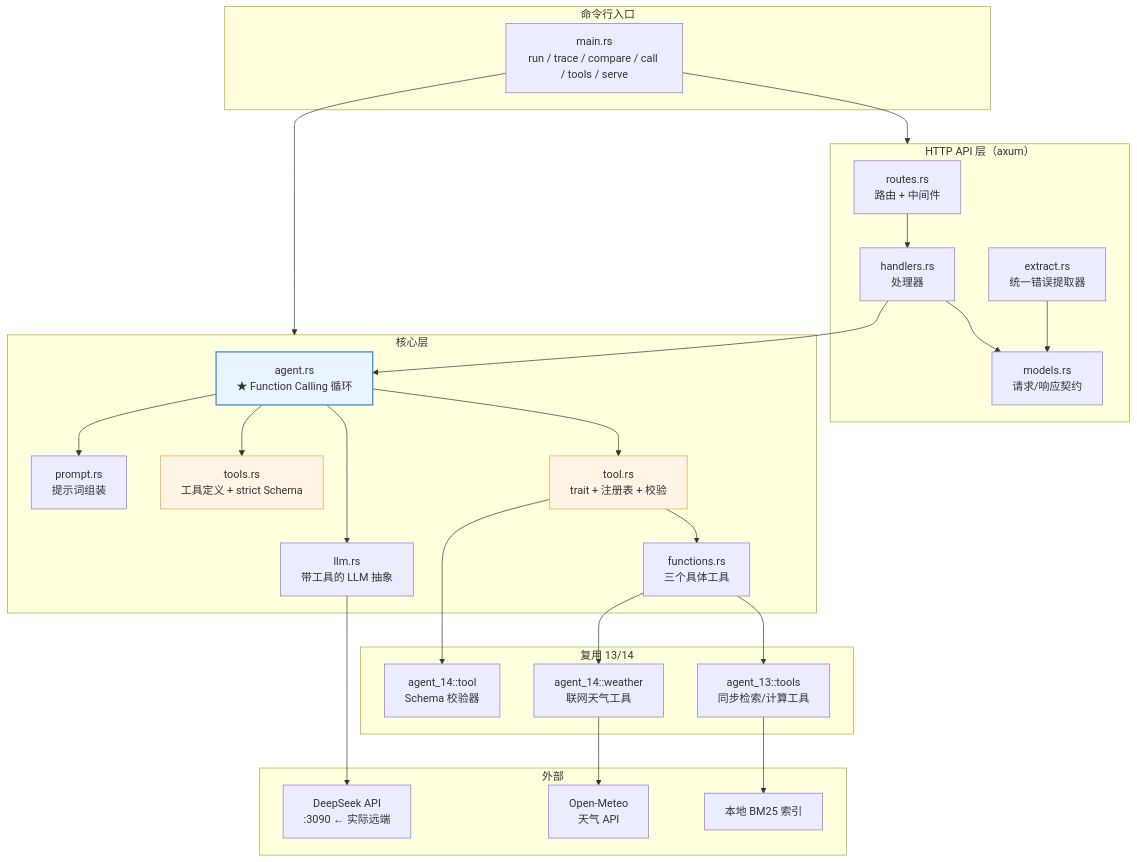
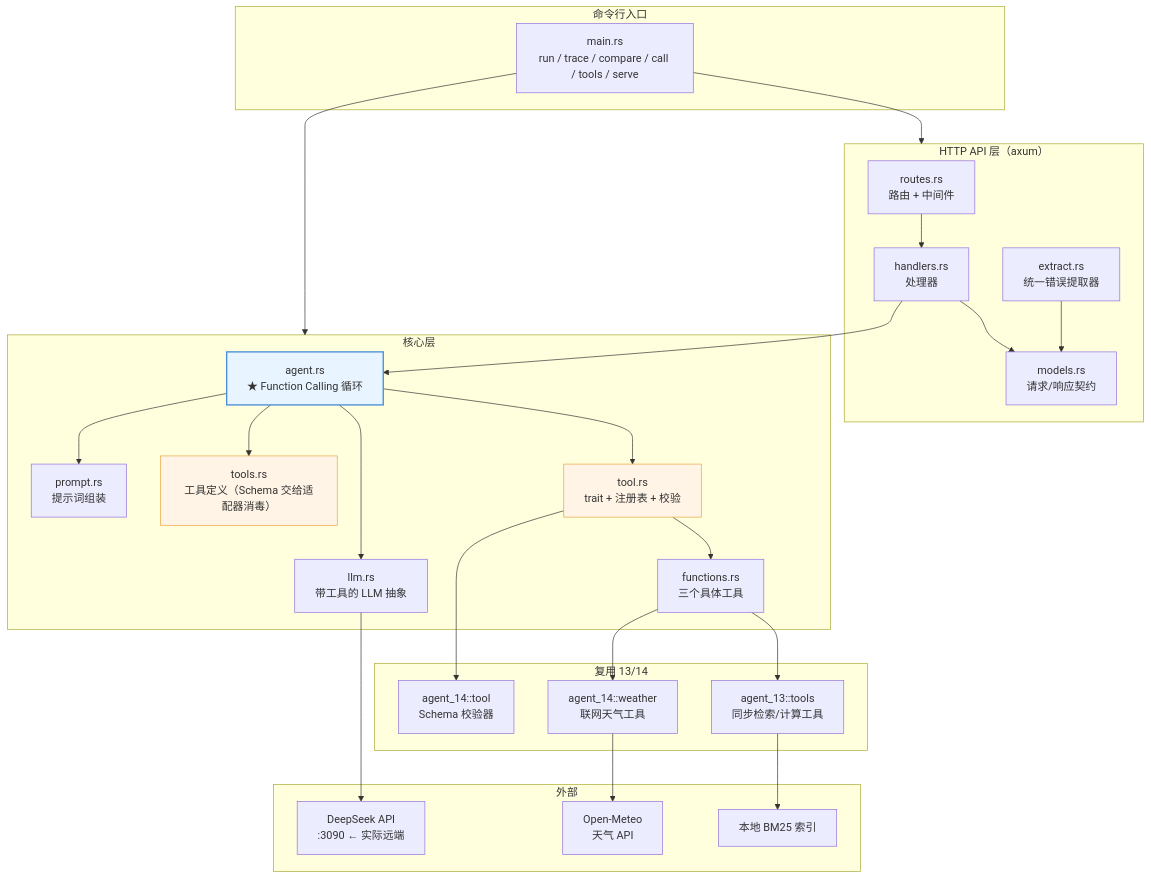
Before and after one commit to heheshang/agent-learn: the first of 11 diagrams in 16-agent-function-calling/README.md, drawn with Mermaid. The commit also changed other lines of this file and 33 other files, not shown here.

````diff
--- a/16-agent-function-calling/README.md
+++ b/16-agent-function-calling/README.md
@@ -58,56 +62,56 @@
 ```mermaid
 graph TB
     subgraph CLI["命令行入口"]
         MAIN["main.rs<br/>run / trace / compare / call / tools / serve"]
     end
 
     subgraph API["HTTP API 层（axum）"]
         ROUTES["routes.rs<br/>路由 + 中间件"]
         HANDLERS["handlers.rs<br/>处理器"]
         MODELS["models.rs<br/>请求/响应契约"]
         EXTRACT["extract.rs<br/>统一错误提取器"]
     end
 
     subgraph CORE["核心层"]
         AGENT["agent.rs<br/>★ Function Calling 循环"]
         LLM["llm.rs<br/>带工具的 LLM 抽象"]
         PROMPT["prompt.rs<br/>提示词组装"]
-        TOOLS["tools.rs<br/>工具定义 + strict Schema"]
+        TOOLS["tools.rs<br/>工具定义（Schema 交给适配器消毒）"]
         TOOL["tool.rs<br/>trait + 注册表 + 校验"]
         FUNCS["functions.rs<br/>三个具体工具"]
     end
 
     subgraph REUSE["复用 13/14"]
         T14["agent_14::tool<br/>Schema 校验器"]
         W14["agent_14::weather<br/>联网天气工具"]
         T13["agent_13::tools<br/>同步检索/计算工具"]
     end
 
     subgraph EXT["外部"]
         DS["DeepSeek API<br/>:3090 ← 实际远端"]
         OM["Open-Meteo<br/>天气 API"]
         BM25["本地 BM25 索引"]
     end
 
     MAIN --> CORE
     MAIN --> API
     ROUTES --> HANDLERS
     HANDLERS --> MODELS
     HANDLERS --> AGENT
     AGENT --> LLM
     AGENT --> PROMPT
     AGENT --> TOOL
     AGENT --> TOOLS
     TOOL --> FUNCS
     TOOL --> T14
     FUNCS --> W14
     FUNCS --> T13
     LLM --> DS
     W14 --> OM
     T13 --> BM25
     EXTRACT --> MODELS
 
     style AGENT fill:#e8f4ff,stroke:#4a90d9,stroke-width:2px
     style TOOLS fill:#fff4e6,stroke:#e8a33d
     style TOOL fill:#fff4e6,stroke:#e8a33d
 ```
````
